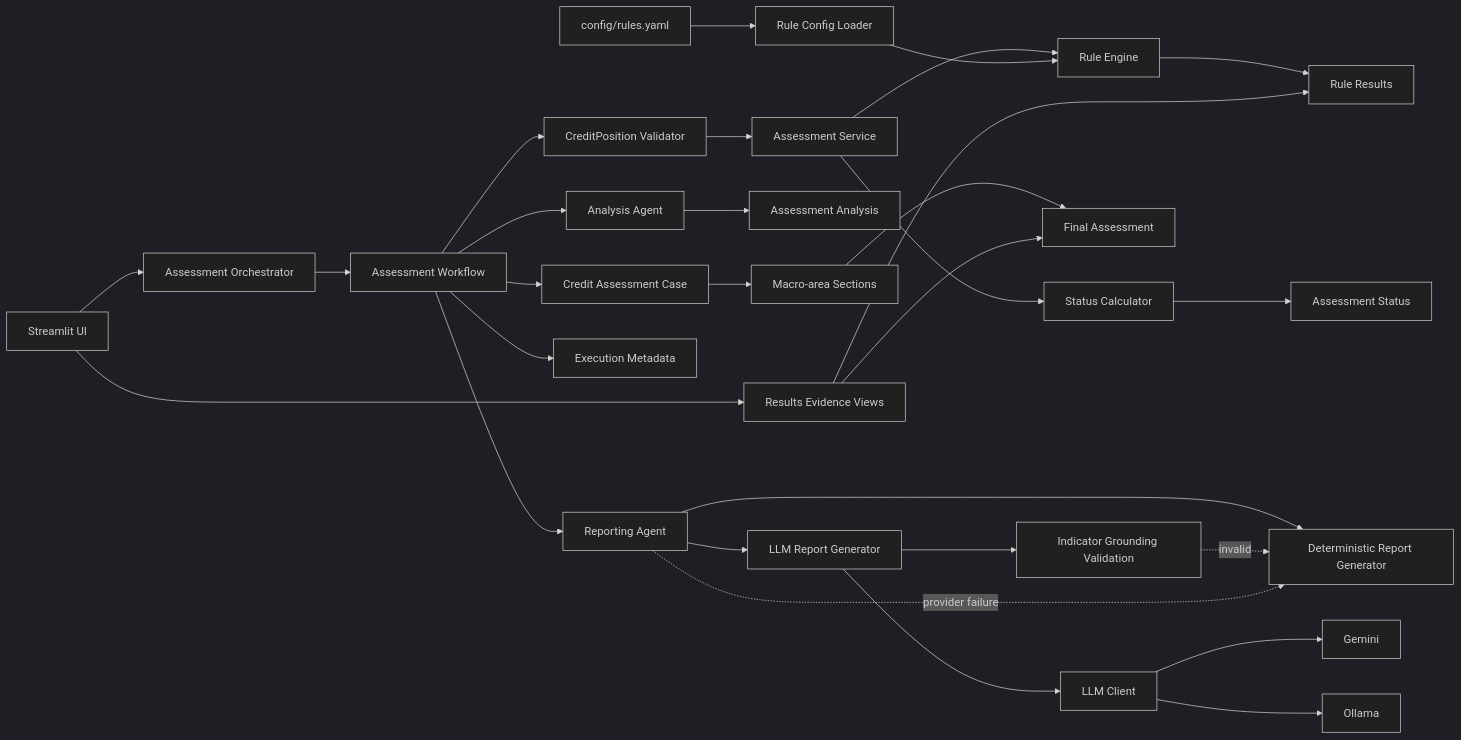
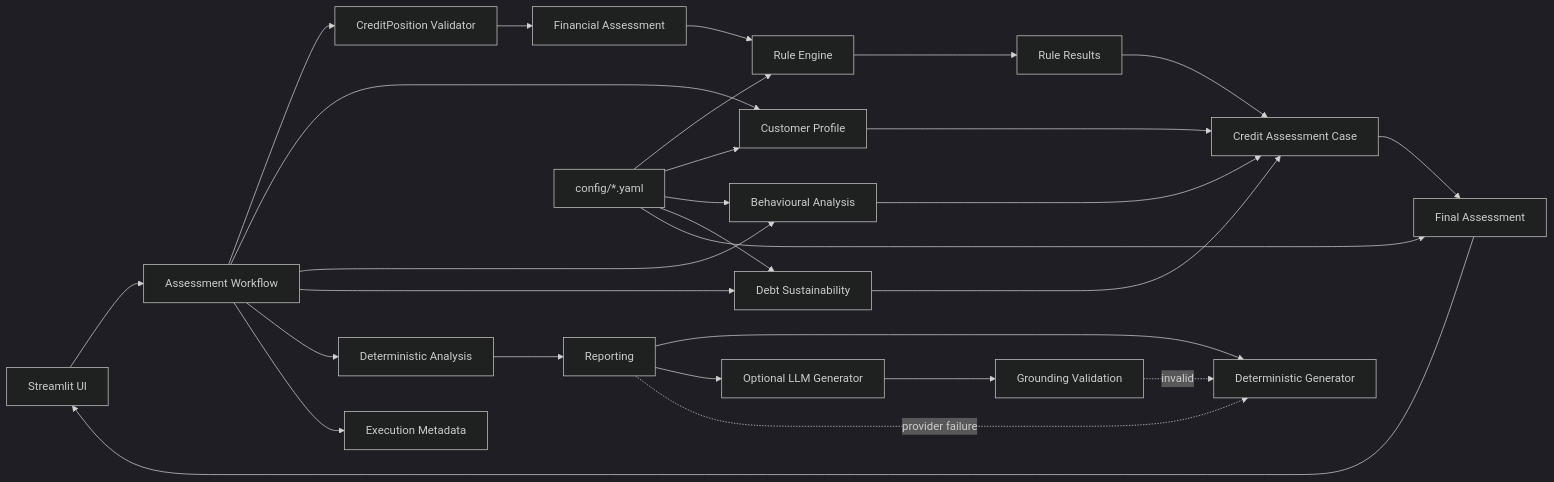
Before and after one commit to danielematix67-boop/credit-assessment-system: the diagram in docs/architecture-decisions.md, drawn with Mermaid (dark theme). The commit also changed other lines of this file, not shown here.

Commit message:
docs: refresh architecture decision records for current implementation

````diff
--- a/docs/architecture-decisions.md
+++ b/docs/architecture-decisions.md
@@ -373,31 +190,30 @@
 ```mermaid
 flowchart LR
-    UI[Streamlit UI] --> ORCH[Assessment Orchestrator]
-    ORCH --> WF[Assessment Workflow]
+    UI[Streamlit UI] --> WF[Assessment Workflow]
     WF --> VAL[CreditPosition Validator]
-    VAL --> AS[Assessment Service]
-    AS --> RE[Rule Engine]
+    VAL --> FIN[Financial Assessment]
+    FIN --> RE[Rule Engine]
     RE --> RR[Rule Results]
-    AS --> SC[Status Calculator]
-    SC --> STATUS[Assessment Status]
-    WF --> CASE[Credit Assessment Case]
-    CASE --> SECTIONS[Macro-area Sections]
-    SECTIONS --> FINAL[Final Assessment]
-    WF --> AA[Analysis Agent]
-    AA --> ANA[Assessment Analysis]
-    WF --> RP[Reporting Agent]
-    RP --> DRG[Deterministic Report Generator]
-    RP --> LLMG[LLM Report Generator]
-    LLMG --> LC[LLM Client]
-    LC --> GEM[Gemini]
-    LC --> OLL[Ollama]
-    LLMG --> GROUND[Indicator Grounding Validation]
+    WF --> CP[Customer Profile]
+    WF --> BEH[Behavioural Analysis]
+    WF --> DS[Debt Sustainability]
+    RR --> CASE[Credit Assessment Case]
+    CP --> CASE
+    BEH --> CASE
+    DS --> CASE
+    CASE --> FINAL[Final Assessment]
+    FINAL --> UI
+    WF --> ANA[Deterministic Analysis]
+    ANA --> RP[Reporting]
+    RP --> DRG[Deterministic Generator]
+    RP --> LLMG[Optional LLM Generator]
+    LLMG --> GROUND[Grounding Validation]
     GROUND -. invalid .-> DRG
     RP -. provider failure .-> DRG
     WF --> META[Execution Metadata]
-    CFG[config/rules.yaml] --> RCL[Rule Config Loader]
-    RCL --> RE
-    UI --> EVID[Results Evidence Views]
-    EVID --> RR
-    EVID --> FINAL
+    CFG[config/*.yaml] --> RE
+    CFG --> CP
+    CFG --> BEH
+    CFG --> DS
+    CFG --> FINAL
 ```
````
